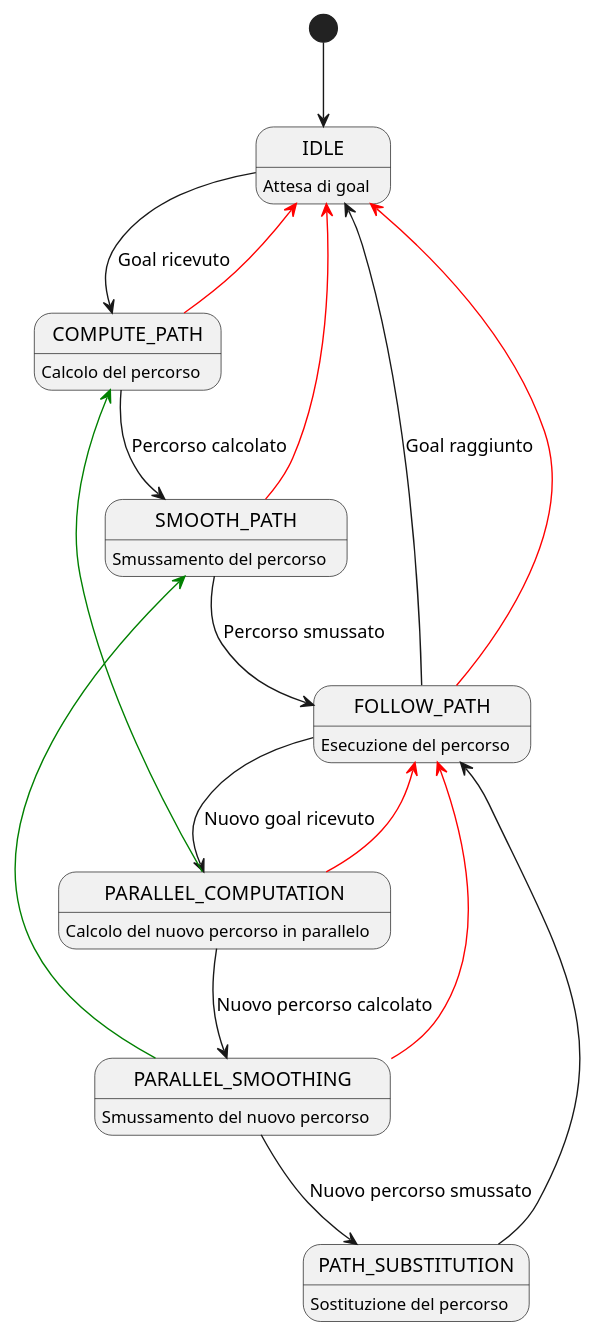
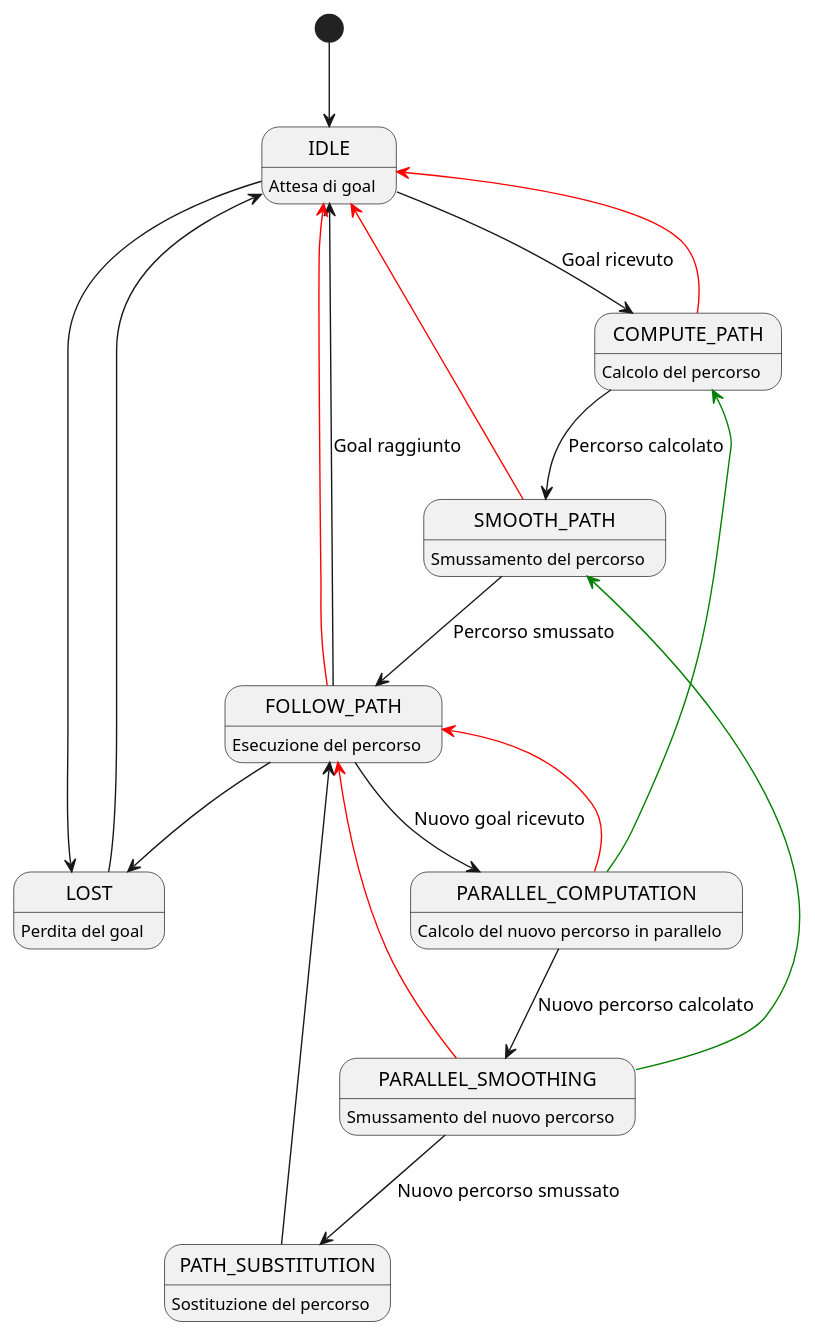
The diagram in planner_fsm.puml (Dacu02/irn_g01), drawn with PlantUML before and after one commit. The commit also changed 18 other files, not shown here.

```diff
--- a/planner_fsm.puml
+++ b/planner_fsm.puml
@@ -1,26 +1,30 @@
 @startuml Path_Planner_FSM
 [*] --> IDLE
 IDLE: Attesa di goal
 COMPUTE_PATH: Calcolo del percorso
 SMOOTH_PATH: Smussamento del percorso
 FOLLOW_PATH: Esecuzione del percorso
 PARALLEL_COMPUTATION: Calcolo del nuovo percorso in parallelo
 PARALLEL_SMOOTHING: Smussamento del nuovo percorso
 PATH_SUBSTITUTION: Sostituzione del percorso 
 
 IDLE --> COMPUTE_PATH: Goal ricevuto
 COMPUTE_PATH --> SMOOTH_PATH: Percorso calcolato
 SMOOTH_PATH --> FOLLOW_PATH: Percorso smussato
 FOLLOW_PATH --> IDLE: Goal raggiunto
 FOLLOW_PATH --> PARALLEL_COMPUTATION: Nuovo goal ricevuto
 PARALLEL_COMPUTATION --> PARALLEL_SMOOTHING: Nuovo percorso calcolato
 COMPUTE_PATH -[#red]-> IDLE
 SMOOTH_PATH -[#red]-> IDLE
 FOLLOW_PATH -[#red]-> IDLE
 PARALLEL_COMPUTATION -[#red]-> FOLLOW_PATH
 PARALLEL_SMOOTHING -[#red]-> FOLLOW_PATH
 PARALLEL_COMPUTATION -[#green]-> COMPUTE_PATH
 PARALLEL_SMOOTHING -[#green]-> SMOOTH_PATH
 PATH_SUBSTITUTION --> FOLLOW_PATH
 PARALLEL_SMOOTHING --> PATH_SUBSTITUTION: Nuovo percorso smussato
+LOST: Perdita del goal
+FOLLOW_PATH --> LOST
+IDLE -> LOST
+LOST -> IDLE
 @enduml
```
